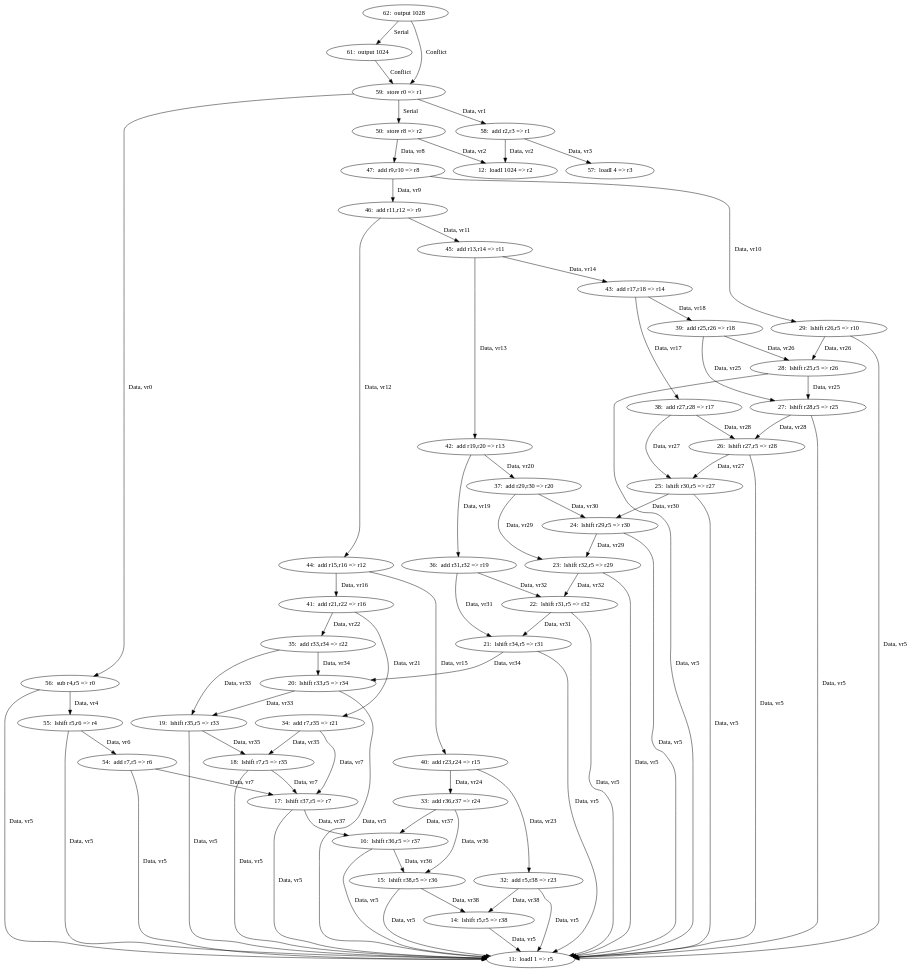
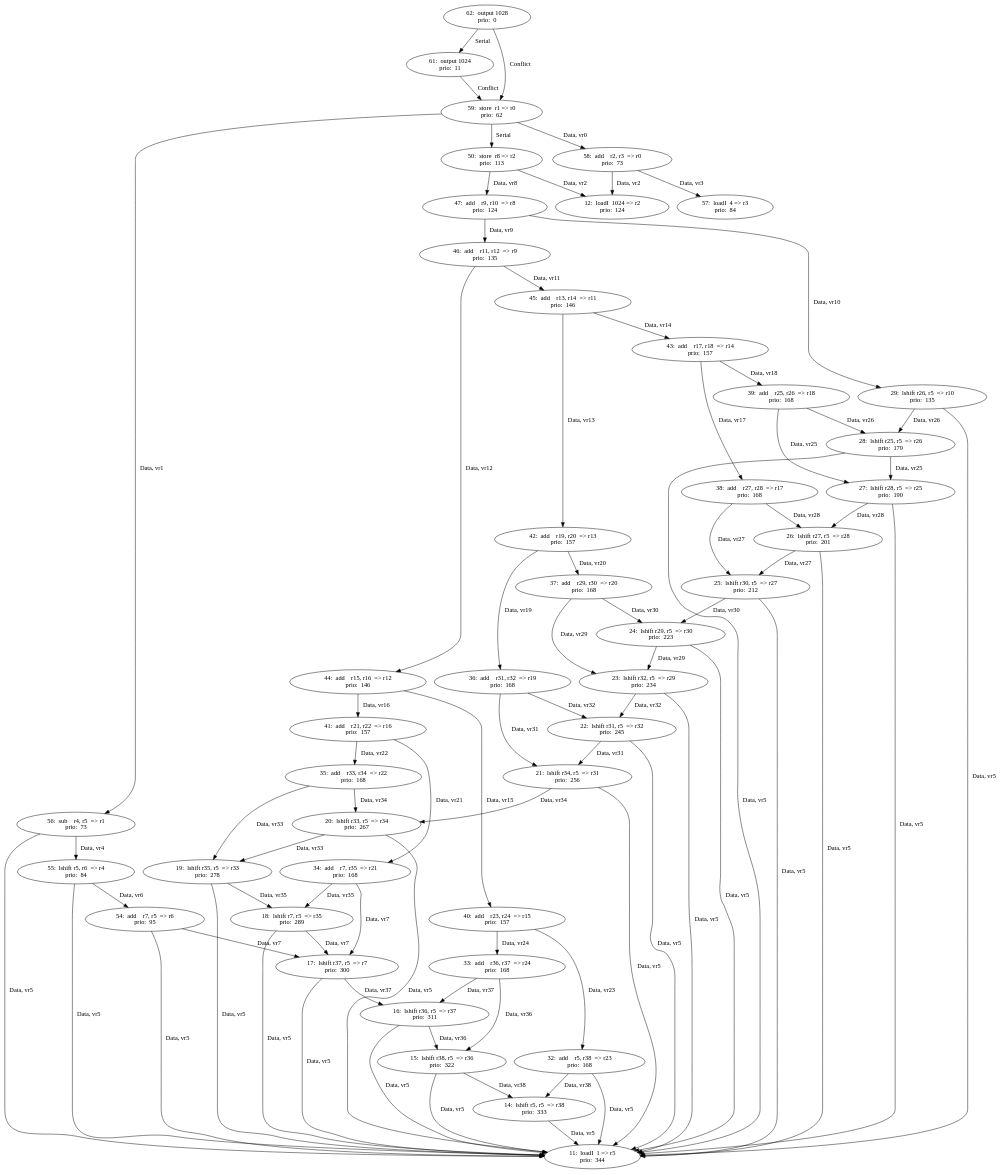
One commit to rose-whitt/412-lab3 changed the diagram in block10.dot. Above: the diagram before and after it, drawn with Graphviz. The commit also changed 4 other files, not shown here.

```diff
--- a/block10.dot
+++ b/block10.dot
@@ -1,168 +1,167 @@
 digraph DG {
-  11 [ label="11:  loadI 1 => r5 "];
-  12 [ label="12:  loadI 1024 => r2 "];
-  14 [ label="14:  lshift r5,r5 => r38 "];
-  15 [ label="15:  lshift r38,r5 => r36 "];
-  16 [ label="16:  lshift r36,r5 => r37 "];
-  17 [ label="17:  lshift r37,r5 => r7 "];
-  18 [ label="18:  lshift r7,r5 => r35 "];
-  19 [ label="19:  lshift r35,r5 => r33 "];
-  20 [ label="20:  lshift r33,r5 => r34 "];
-  21 [ label="21:  lshift r34,r5 => r31 "];
-  22 [ label="22:  lshift r31,r5 => r32 "];
-  23 [ label="23:  lshift r32,r5 => r29 "];
-  24 [ label="24:  lshift r29,r5 => r30 "];
-  25 [ label="25:  lshift r30,r5 => r27 "];
-  26 [ label="26:  lshift r27,r5 => r28 "];
-  27 [ label="27:  lshift r28,r5 => r25 "];
-  28 [ label="28:  lshift r25,r5 => r26 "];
-  29 [ label="29:  lshift r26,r5 => r10 "];
-  32 [ label="32:  add r5,r38 => r23 "];
-  33 [ label="33:  add r36,r37 => r24 "];
-  34 [ label="34:  add r7,r35 => r21 "];
-  35 [ label="35:  add r33,r34 => r22 "];
-  36 [ label="36:  add r31,r32 => r19 "];
-  37 [ label="37:  add r29,r30 => r20 "];
-  38 [ label="38:  add r27,r28 => r17 "];
-  39 [ label="39:  add r25,r26 => r18 "];
-  40 [ label="40:  add r23,r24 => r15 "];
-  41 [ label="41:  add r21,r22 => r16 "];
-  42 [ label="42:  add r19,r20 => r13 "];
-  43 [ label="43:  add r17,r18 => r14 "];
-  44 [ label="44:  add r15,r16 => r12 "];
-  45 [ label="45:  add r13,r14 => r11 "];
-  46 [ label="46:  add r11,r12 => r9 "];
-  47 [ label="47:  add r9,r10 => r8 "];
-  50 [ label="50:  store r8 => r2 "];
-  54 [ label="54:  add r7,r5 => r6 "];
-  55 [ label="55:  lshift r5,r6 => r4 "];
-  56 [ label="56:  sub r4,r5 => r0 "];
-  57 [ label="57:  loadI 4 => r3 "];
-  58 [ label="58:  add r2,r3 => r1 "];
-  59 [ label="59:  store r0 => r1 "];
-  61 [ label="61:  output 1024  "];
-  62 [ label="62:  output 1028  "];
-
-
-
+  11 [label="11:  loadI  1 => r5
+prio:  344"];
+  12 [label="12:  loadI  1024 => r2
+prio:  124"];
+  14 [label="14:  lshift r5, r5  => r38
+prio:  333"];
+  15 [label="15:  lshift r38, r5  => r36
+prio:  322"];
+  16 [label="16:  lshift r36, r5  => r37
+prio:  311"];
+  17 [label="17:  lshift r37, r5  => r7
+prio:  300"];
+  18 [label="18:  lshift r7, r5  => r35
+prio:  289"];
+  19 [label="19:  lshift r35, r5  => r33
+prio:  278"];
+  20 [label="20:  lshift r33, r5  => r34
+prio:  267"];
+  21 [label="21:  lshift r34, r5  => r31
+prio:  256"];
+  22 [label="22:  lshift r31, r5  => r32
+prio:  245"];
+  23 [label="23:  lshift r32, r5  => r29
+prio:  234"];
+  24 [label="24:  lshift r29, r5  => r30
+prio:  223"];
+  25 [label="25:  lshift r30, r5  => r27
+prio:  212"];
+  26 [label="26:  lshift r27, r5  => r28
+prio:  201"];
+  27 [label="27:  lshift r28, r5  => r25
+prio:  190"];
+  28 [label="28:  lshift r25, r5  => r26
+prio:  179"];
+  29 [label="29:  lshift r26, r5  => r10
+prio:  135"];
+  32 [label="32:  add    r5, r38  => r23
+prio:  168"];
+  33 [label="33:  add    r36, r37  => r24
+prio:  168"];
+  34 [label="34:  add    r7, r35  => r21
+prio:  168"];
+  35 [label="35:  add    r33, r34  => r22
+prio:  168"];
+  36 [label="36:  add    r31, r32  => r19
+prio:  168"];
+  37 [label="37:  add    r29, r30  => r20
+prio:  168"];
+  38 [label="38:  add    r27, r28  => r17
+prio:  168"];
+  39 [label="39:  add    r25, r26  => r18
+prio:  168"];
+  40 [label="40:  add    r23, r24  => r15
+prio:  157"];
+  41 [label="41:  add    r21, r22  => r16
+prio:  157"];
+  42 [label="42:  add    r19, r20  => r13
+prio:  157"];
+  43 [label="43:  add    r17, r18  => r14
+prio:  157"];
+  44 [label="44:  add    r15, r16  => r12
+prio:  146"];
+  45 [label="45:  add    r13, r14  => r11
+prio:  146"];
+  46 [label="46:  add    r11, r12  => r9
+prio:  135"];
+  47 [label="47:  add    r9, r10  => r8
+prio:  124"];
+  50 [label="50:  store  r8 => r2
+prio:  113"];
+  54 [label="54:  add    r7, r5  => r6
+prio:  95"];
+  55 [label="55:  lshift r5, r6  => r4
+prio:  84"];
+  56 [label="56:  sub    r4, r5  => r1
+prio:  73"];
+  57 [label="57:  loadI  4 => r3
+prio:  84"];
+  58 [label="58:  add    r2, r3  => r0
+prio:  73"];
+  59 [label="59:  store  r1 => r0
+prio:  62"];
+  61 [label="61:  output 1024
+prio:  11"];
+  62 [label="62:  output 1028
+prio:  0"];
   14 -> 11 [ label=" Data, vr5"];
-
   15 -> 14 [ label=" Data, vr38"];
   15 -> 11 [ label=" Data, vr5"];
-
   16 -> 15 [ label=" Data, vr36"];
   16 -> 11 [ label=" Data, vr5"];
-
   17 -> 16 [ label=" Data, vr37"];
   17 -> 11 [ label=" Data, vr5"];
-
   18 -> 17 [ label=" Data, vr7"];
   18 -> 11 [ label=" Data, vr5"];
-
   19 -> 18 [ label=" Data, vr35"];
   19 -> 11 [ label=" Data, vr5"];
-
   20 -> 19 [ label=" Data, vr33"];
   20 -> 11 [ label=" Data, vr5"];
-
   21 -> 20 [ label=" Data, vr34"];
   21 -> 11 [ label=" Data, vr5"];
-
   22 -> 21 [ label=" Data, vr31"];
   22 -> 11 [ label=" Data, vr5"];
-
   23 -> 22 [ label=" Data, vr32"];
   23 -> 11 [ label=" Data, vr5"];
-
   24 -> 23 [ label=" Data, vr29"];
   24 -> 11 [ label=" Data, vr5"];
-
   25 -> 24 [ label=" Data, vr30"];
   25 -> 11 [ label=" Data, vr5"];
-
   26 -> 25 [ label=" Data, vr27"];
   26 -> 11 [ label=" Data, vr5"];
-
   27 -> 26 [ label=" Data, vr28"];
   27 -> 11 [ label=" Data, vr5"];
-
   28 -> 27 [ label=" Data, vr25"];
   28 -> 11 [ label=" Data, vr5"];
-
   29 -> 28 [ label=" Data, vr26"];
   29 -> 11 [ label=" Data, vr5"];
-
   32 -> 11 [ label=" Data, vr5"];
   32 -> 14 [ label=" Data, vr38"];
-
   33 -> 15 [ label=" Data, vr36"];
   33 -> 16 [ label=" Data, vr37"];
-
   34 -> 17 [ label=" Data, vr7"];
   34 -> 18 [ label=" Data, vr35"];
-
   35 -> 19 [ label=" Data, vr33"];
   35 -> 20 [ label=" Data, vr34"];
-
   36 -> 21 [ label=" Data, vr31"];
   36 -> 22 [ label=" Data, vr32"];
-
   37 -> 23 [ label=" Data, vr29"];
   37 -> 24 [ label=" Data, vr30"];
-
   38 -> 25 [ label=" Data, vr27"];
   38 -> 26 [ label=" Data, vr28"];
-
   39 -> 27 [ label=" Data, vr25"];
   39 -> 28 [ label=" Data, vr26"];
-
   40 -> 32 [ label=" Data, vr23"];
   40 -> 33 [ label=" Data, vr24"];
-
   41 -> 34 [ label=" Data, vr21"];
   41 -> 35 [ label=" Data, vr22"];
-
   42 -> 36 [ label=" Data, vr19"];
   42 -> 37 [ label=" Data, vr20"];
-
   43 -> 38 [ label=" Data, vr17"];
   43 -> 39 [ label=" Data, vr18"];
-
   44 -> 40 [ label=" Data, vr15"];
   44 -> 41 [ label=" Data, vr16"];
-
   45 -> 42 [ label=" Data, vr13"];
   45 -> 43 [ label=" Data, vr14"];
-
   46 -> 45 [ label=" Data, vr11"];
   46 -> 44 [ label=" Data, vr12"];
-
   47 -> 46 [ label=" Data, vr9"];
   47 -> 29 [ label=" Data, vr10"];
-
   50 -> 47 [ label=" Data, vr8"];
   50 -> 12 [ label=" Data, vr2"];
-
   54 -> 17 [ label=" Data, vr7"];
   54 -> 11 [ label=" Data, vr5"];
-
   55 -> 11 [ label=" Data, vr5"];
   55 -> 54 [ label=" Data, vr6"];
-
   56 -> 55 [ label=" Data, vr4"];
   56 -> 11 [ label=" Data, vr5"];
-
-
   58 -> 12 [ label=" Data, vr2"];
   58 -> 57 [ label=" Data, vr3"];
-
-  59 -> 56 [ label=" Data, vr0"];
-  59 -> 58 [ label=" Data, vr1"];
-  59 -> 50 [ label=" Serial "];
-
+  59 -> 56 [ label=" Data, vr1"];
+  59 -> 58 [ label=" Data, vr0"];
+  59 -> 50[ label=" Serial "];
   61 -> 59 [ label=" Conflict "];
-
-  62 -> 61 [ label=" Serial "];
+  62 -> 61[ label=" Serial "];
   62 -> 59 [ label=" Conflict "];
-
 }
```
